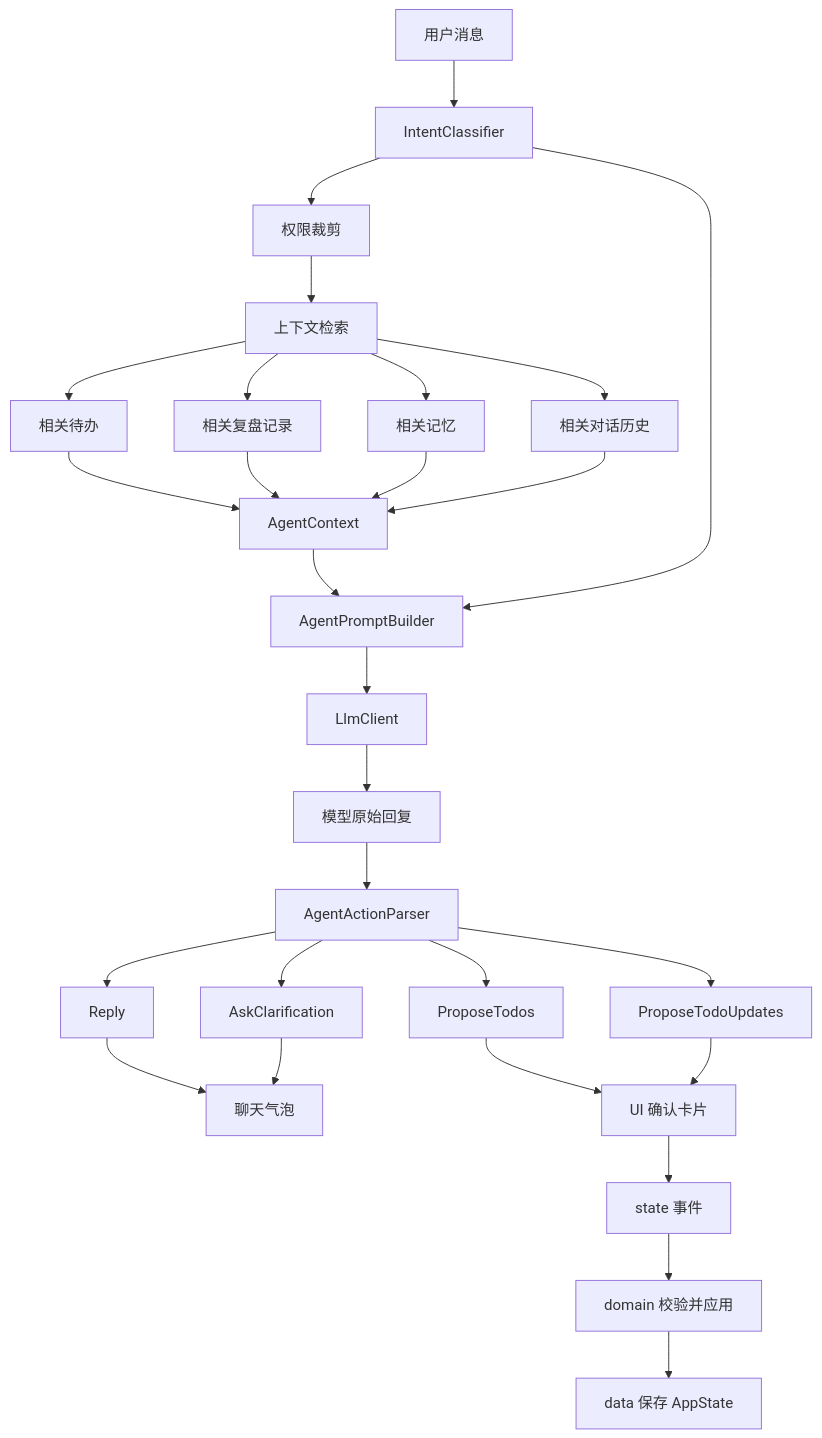
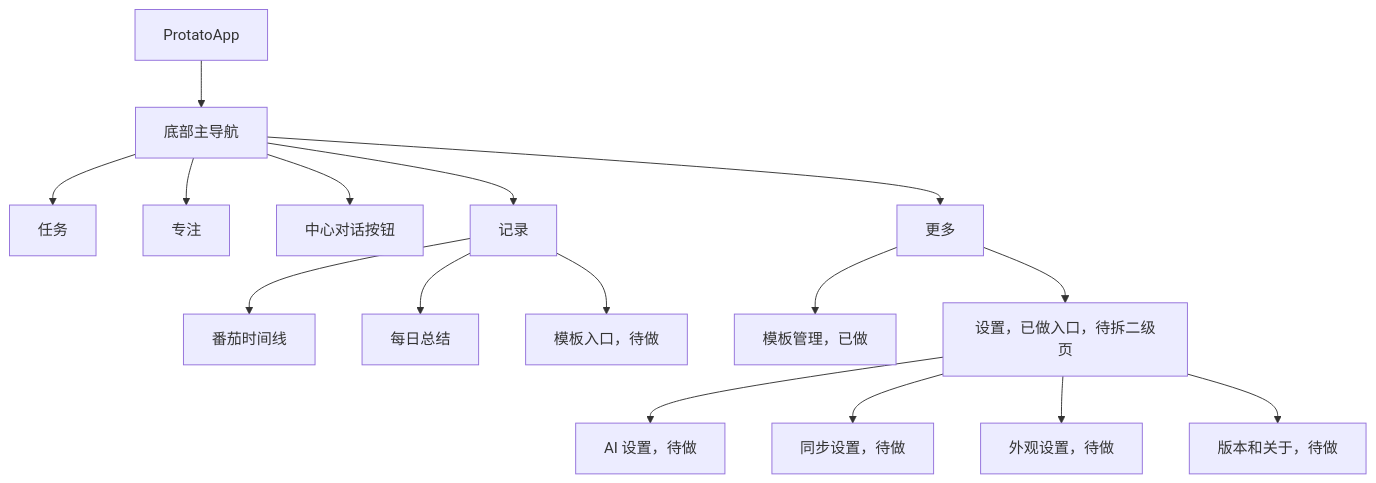
One commit to LongCoderX/protato changed the third of 3 diagrams in REFACTOR_PLAN.md. Above: the diagram before and after it, drawn with Mermaid. The commit also changed other lines of this file and 67 other files, not shown here.

First line of the commit message:
refactor: split app architecture layers

````diff
--- a/REFACTOR_PLAN.md
+++ b/REFACTOR_PLAN.md
@@ -648,35 +599,21 @@
 ```mermaid
 flowchart TD
-    Message["用户消息"] --> Intent["IntentClassifier"]
-    Intent --> PermissionGate["权限裁剪"]
-    PermissionGate --> Retriever["上下文检索"]
+    Root["ProtatoApp"] --> BottomNav["底部主导航"]
 
-    Retriever --> TodoContext["相关待办"]
-    Retriever --> RecordContext["相关复盘记录"]
-    Retriever --> MemoryContext["相关记忆"]
-    Retriever --> ConversationContext["相关对话历史"]
+    BottomNav --> TodoTab["任务"]
+    BottomNav --> FocusTab["专注"]
+    BottomNav --> AgentTab["中心对话按钮"]
+    BottomNav --> RecordsTab["记录"]
+    BottomNav --> MoreTab["更多"]
 
-    TodoContext --> ContextPack["AgentContext"]
-    RecordContext --> ContextPack
-    MemoryContext --> ContextPack
-    ConversationContext --> ContextPack
+    RecordsTab --> RecordTimeline["番茄时间线"]
+    RecordsTab --> DailySummary["每日总结"]
+    RecordsTab --> TemplateEntry["模板入口，待做"]
 
-    ContextPack --> Prompt["AgentPromptBuilder"]
-    Intent --> Prompt
-    Prompt --> Llm["LlmClient"]
-    Llm --> RawReply["模型原始回复"]
-    RawReply --> Parser["AgentActionParser"]
-
-    Parser --> Reply["Reply"]
-    Parser --> TodoDrafts["ProposeTodos"]
-    Parser --> TodoEdits["ProposeTodoUpdates"]
-    Parser --> Clarify["AskClarification"]
-
-    Reply --> ChatUi["聊天气泡"]
-    Clarify --> ChatUi
-    TodoDrafts --> ConfirmCard["UI 确认卡片"]
-    TodoEdits --> ConfirmCard
-    ConfirmCard --> StateEvent["state 事件"]
-    StateEvent --> DomainApply["domain 校验并应用"]
-    DomainApply --> Save["data 保存 AppState"]
+    MoreTab --> TemplateManager["模板管理，已做"]
+    MoreTab --> SettingsHub["设置，已做入口，待拆二级页"]
+    SettingsHub --> AiSettings["AI 设置，待做"]
+    SettingsHub --> SyncSettings["同步设置，待做"]
+    SettingsHub --> AppearanceSettings["外观设置，待做"]
+    SettingsHub --> AboutSettings["版本和关于，待做"]
 ```
````
